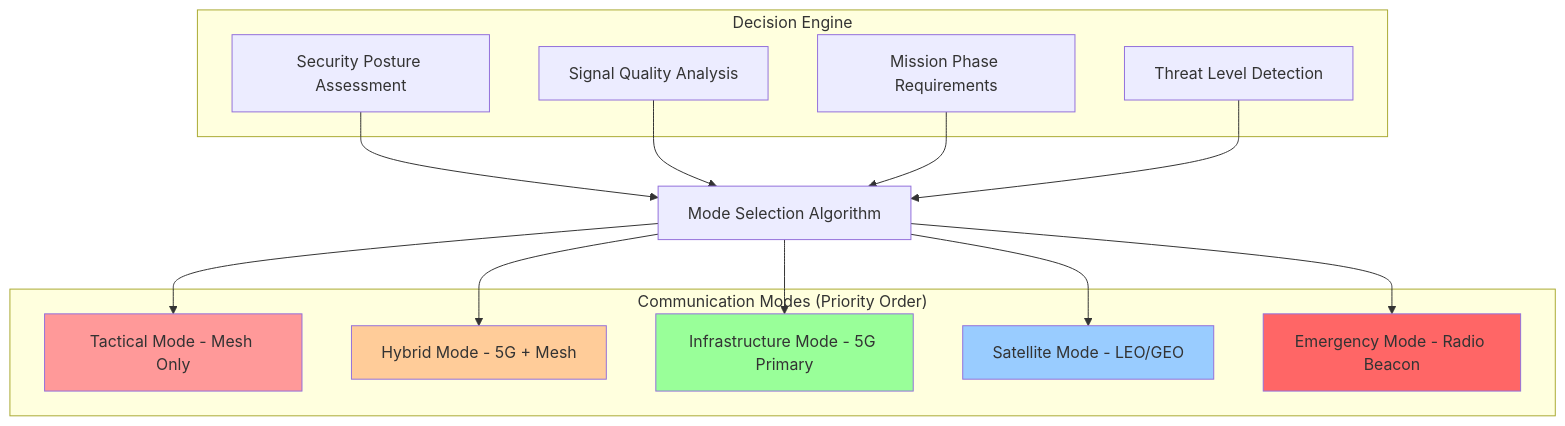
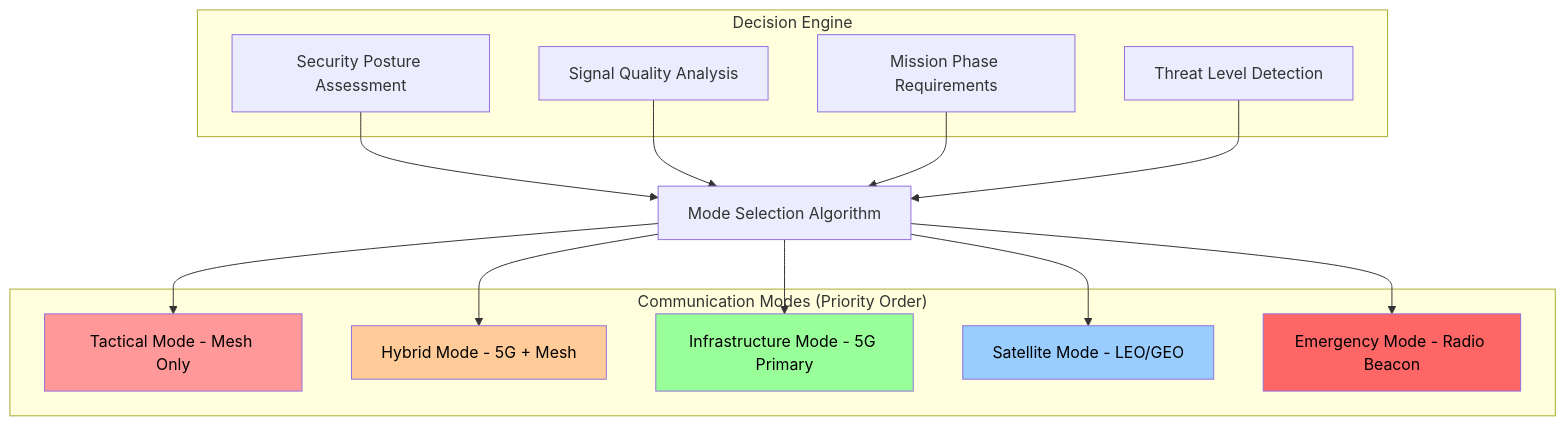
One commit to ResQTerra/terrasearch-core changed the first of 6 diagrams in README.md. Above: the diagram before and after it, drawn with Mermaid. The commit also changed other lines of this file, not shown here.

````diff
--- a/README.md
+++ b/README.md
@@ -39,34 +39,34 @@
 ```mermaid
 graph TD
     subgraph "Communication Modes (Priority Order)"
         TACTICAL[Tactical Mode - Mesh Only]
         HYBRID[Hybrid Mode - 5G + Mesh]
         INFRA[Infrastructure Mode - 5G Primary]
         SATCOM[Satellite Mode - LEO/GEO]
         EMERGENCY[Emergency Mode - Radio Beacon]
     end
 
     subgraph "Decision Engine"
         SECURITY[Security Posture Assessment]
         CONNECTIVITY[Signal Quality Analysis] 
         MISSION[Mission Phase Requirements]
         THREAT[Threat Level Detection]
     end
 
     SECURITY --> MODE_SELECT[Mode Selection Algorithm]
     CONNECTIVITY --> MODE_SELECT
     MISSION --> MODE_SELECT
     THREAT --> MODE_SELECT
 
     MODE_SELECT --> TACTICAL
     MODE_SELECT --> HYBRID  
     MODE_SELECT --> INFRA
     MODE_SELECT --> SATCOM
     MODE_SELECT --> EMERGENCY
 
-    style TACTICAL fill:#ff9999
-    style HYBRID fill:#ffcc99
-    style INFRA fill:#99ff99
-    style SATCOM fill:#99ccff
-    style EMERGENCY fill:#ff6666
+    style TACTICAL fill:#ff9999,color:#000
+    style HYBRID fill:#ffcc99,color:#000
+    style INFRA fill:#99ff99,color:#000
+    style SATCOM fill:#99ccff,color:#000
+    style EMERGENCY fill:#ff6666,color:#000
 ```
````
